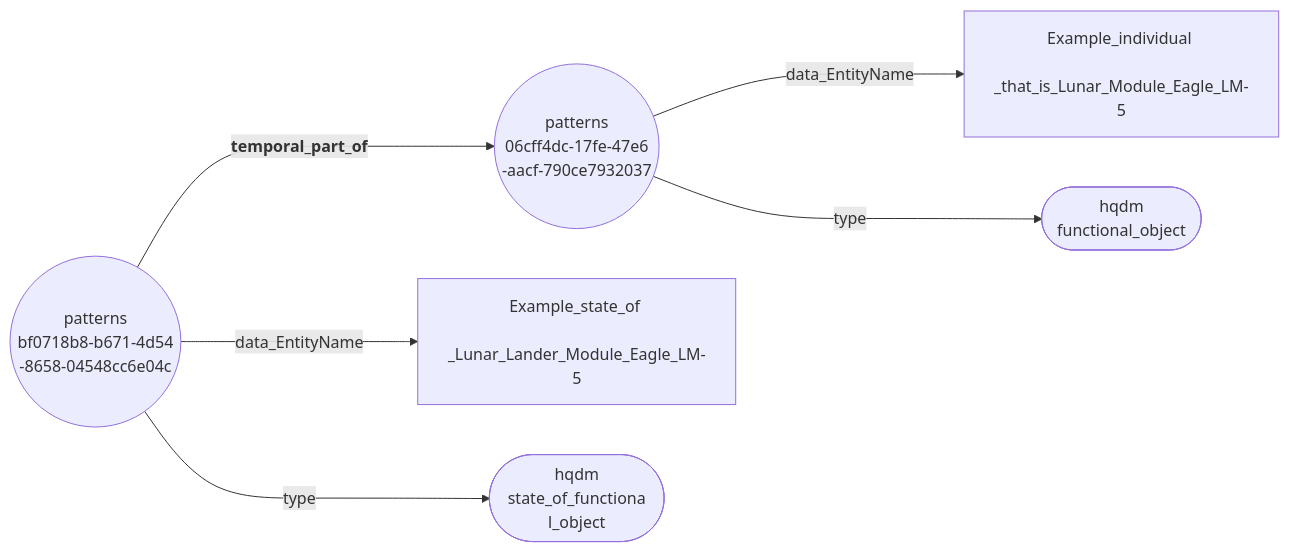
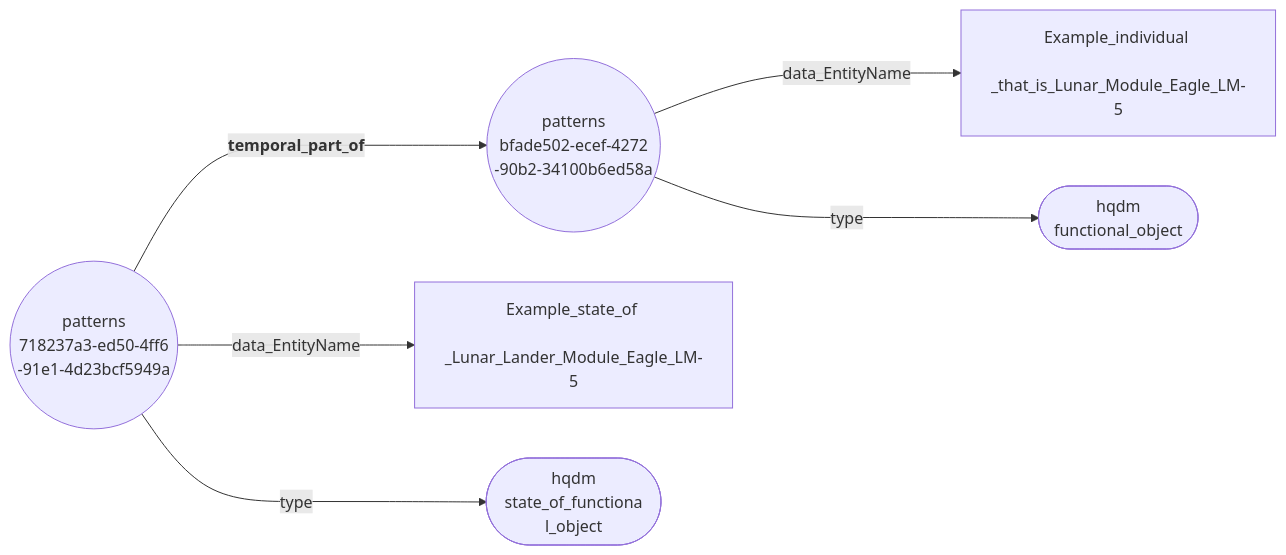
One commit to ClimbingAl/HqdmPatterns changed the diagram in docs/extras/example-files/temporalPartOfNodeEdgeGraph.mermaid. Above: the diagram before and after it, drawn with Mermaid. The commit also changed 35 other files, not shown here.

````diff
--- a/docs/extras/example-files/temporalPartOfNodeEdgeGraph.mermaid
+++ b/docs/extras/example-files/temporalPartOfNodeEdgeGraph.mermaid
@@ -1,8 +1,8 @@
 ``` mermaid
 graph LR
-  06cff4dc-17fe-47e6-aacf-790ce7932037(("patterns <br> 06cff4dc-17fe-47e6 <br> -aacf-790ce7932037"))--->|"data_EntityName"|Example_individual_that_is_Lunar_Module_Eagle_LM-5["Example_individual <br> _that_is_Lunar_Module_Eagle_LM-5"];
-  06cff4dc-17fe-47e6-aacf-790ce7932037(("patterns <br> 06cff4dc-17fe-47e6 <br> -aacf-790ce7932037"))--->|"type"|functional_object(["hqdm <br> functional_object"]);
-  bf0718b8-b671-4d54-8658-04548cc6e04c(("patterns <br> bf0718b8-b671-4d54 <br> -8658-04548cc6e04c"))--->|"<b> temporal_part_of"|06cff4dc-17fe-47e6-aacf-790ce7932037(("patterns <br> 06cff4dc-17fe-47e6 <br> -aacf-790ce7932037"));
-  bf0718b8-b671-4d54-8658-04548cc6e04c(("patterns <br> bf0718b8-b671-4d54 <br> -8658-04548cc6e04c"))--->|"data_EntityName"|Example_state_of_Lunar_Lander_Module_Eagle_LM-5["Example_state_of <br> _Lunar_Lander_Module_Eagle_LM-5"];
-  bf0718b8-b671-4d54-8658-04548cc6e04c(("patterns <br> bf0718b8-b671-4d54 <br> -8658-04548cc6e04c"))--->|"type"|state_of_functional_object(["hqdm <br> state_of_functiona <br> l_object"]);
+  bfade502-ecef-4272-90b2-34100b6ed58a(("patterns <br> bfade502-ecef-4272 <br> -90b2-34100b6ed58a"))--->|"data_EntityName"|Example_individual_that_is_Lunar_Module_Eagle_LM-5["Example_individual <br> _that_is_Lunar_Module_Eagle_LM-5"];
+  bfade502-ecef-4272-90b2-34100b6ed58a(("patterns <br> bfade502-ecef-4272 <br> -90b2-34100b6ed58a"))--->|"type"|functional_object(["hqdm <br> functional_object"]);
+  718237a3-ed50-4ff6-91e1-4d23bcf5949a(("patterns <br> 718237a3-ed50-4ff6 <br> -91e1-4d23bcf5949a"))--->|"<b> temporal_part_of"|bfade502-ecef-4272-90b2-34100b6ed58a(("patterns <br> bfade502-ecef-4272 <br> -90b2-34100b6ed58a"));
+  718237a3-ed50-4ff6-91e1-4d23bcf5949a(("patterns <br> 718237a3-ed50-4ff6 <br> -91e1-4d23bcf5949a"))--->|"data_EntityName"|Example_state_of_Lunar_Lander_Module_Eagle_LM-5["Example_state_of <br> _Lunar_Lander_Module_Eagle_LM-5"];
+  718237a3-ed50-4ff6-91e1-4d23bcf5949a(("patterns <br> 718237a3-ed50-4ff6 <br> -91e1-4d23bcf5949a"))--->|"type"|state_of_functional_object(["hqdm <br> state_of_functiona <br> l_object"]);
 ```
````
